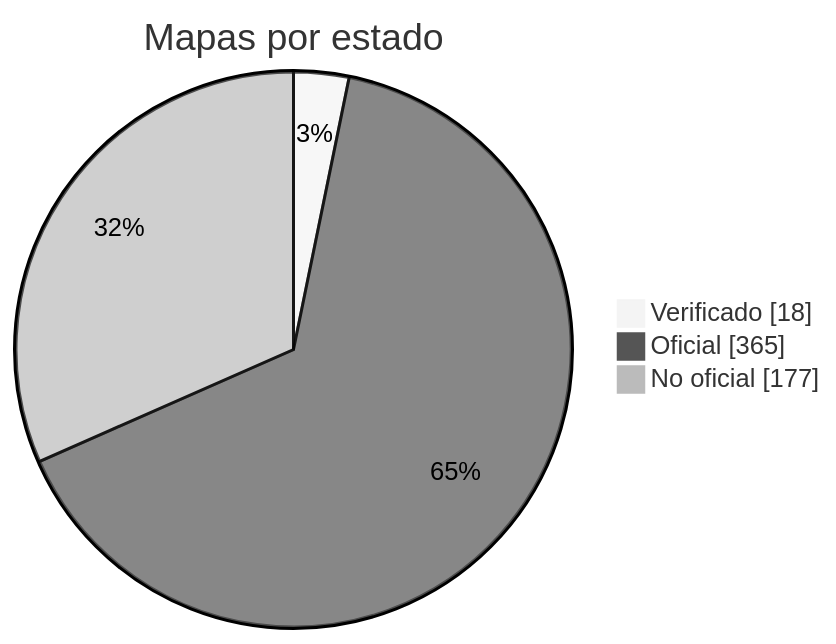
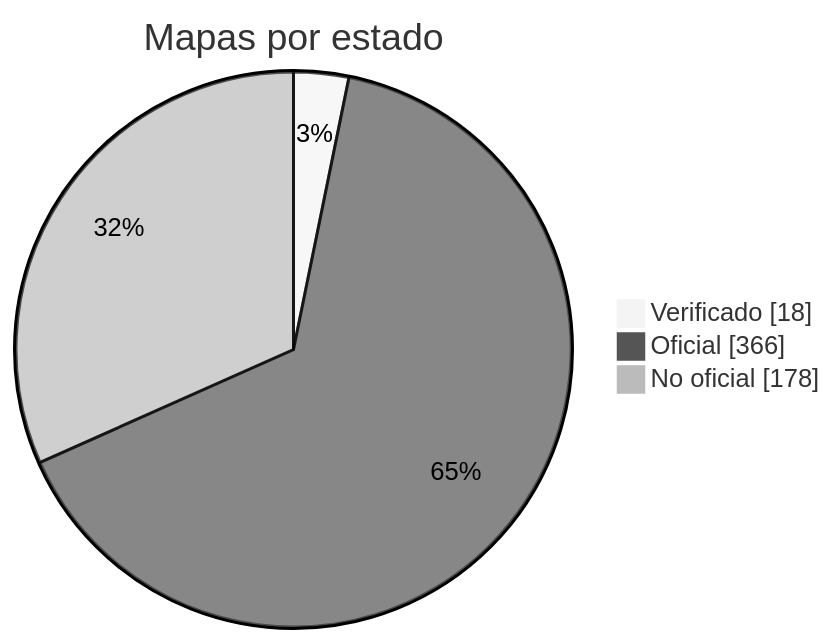
The diagram in docs/readme/README_ES.md (nobrega8/mbmap-library), drawn with Mermaid (neutral theme) before and after one commit. The commit also changed 7 other files, not shown here.

````diff
--- a/docs/readme/README_ES.md
+++ b/docs/readme/README_ES.md
@@ -54,7 +54,7 @@
 ```mermaid
 pie showData
     title Mapas por estado
     "Verificado" : 18
-    "Oficial" : 365
-    "No oficial" : 177
+    "Oficial" : 366
+    "No oficial" : 178
 ```
````
